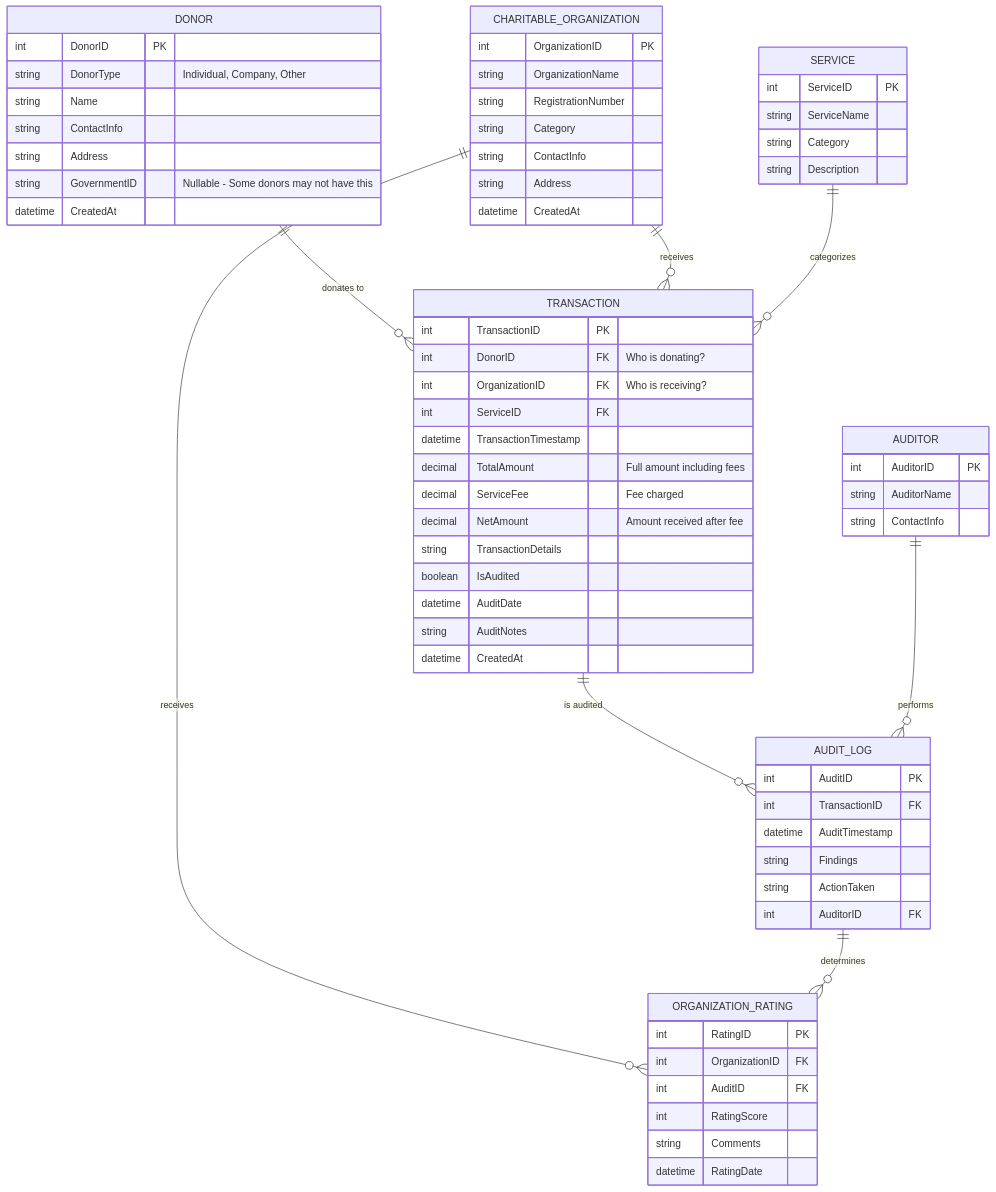
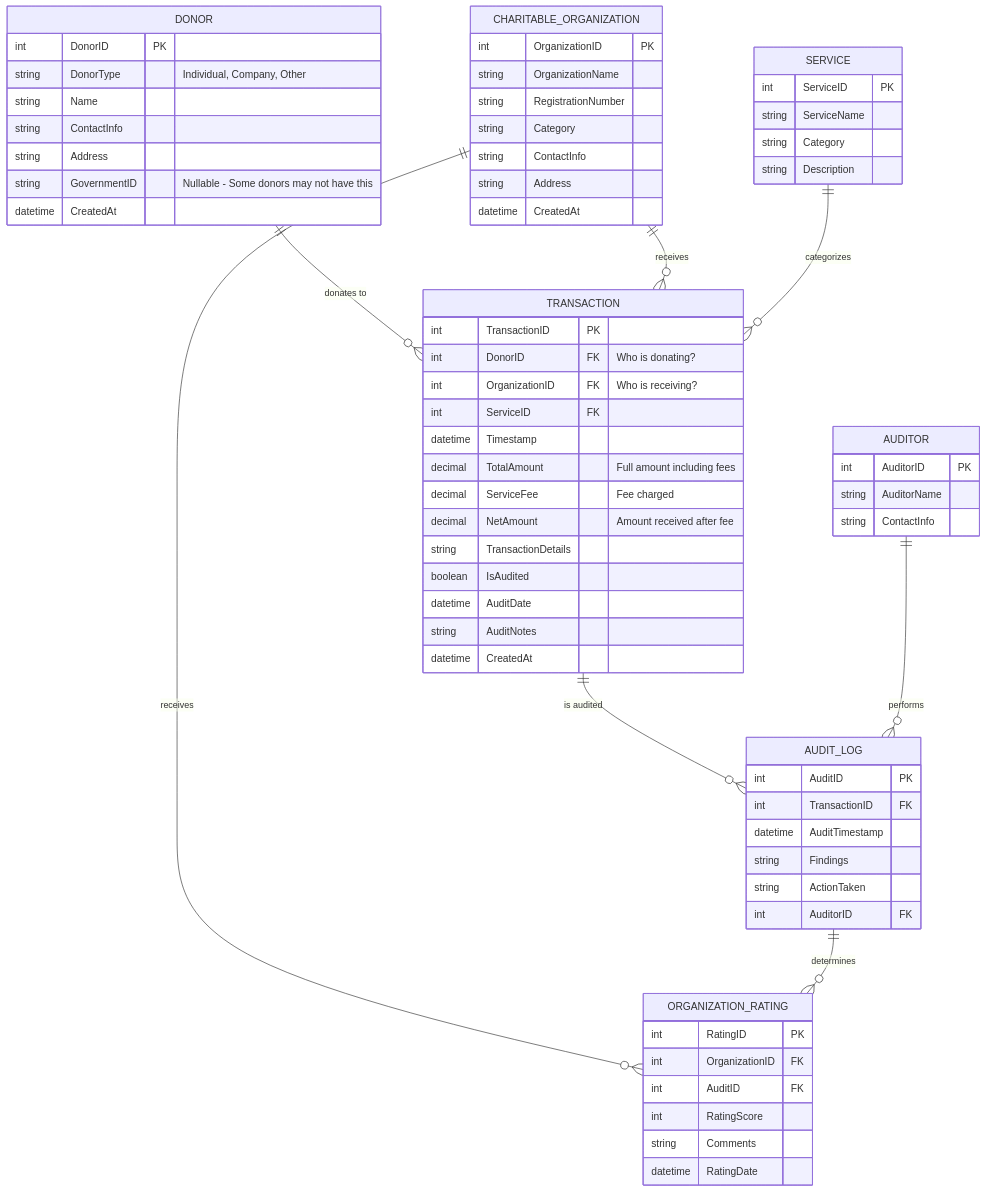
One commit to Max-FM/one_charity_data_modelling_challenge changed the first of 4 diagrams in readme.md. Above: the diagram before and after it, drawn with Mermaid. The commit also changed other lines of this file, not shown here.

````diff
--- a/readme.md
+++ b/readme.md
@@ -13,4 +12,4 @@
-``` mermaid
+```Mermaid
 erDiagram
 
     DONOR {
@@ -48,7 +47,7 @@
         int DonorID FK "Who is donating?"
         int OrganizationID FK "Who is receiving?"
         int ServiceID FK
-        datetime TransactionTimestamp
+        datetime Timestamp
         decimal TotalAmount "Full amount including fees"
         decimal ServiceFee "Fee charged"
         decimal NetAmount "Amount received after fee"
@@ -96,4 +95,5 @@
 
     TRANSACTION ||--o{ AUDIT_LOG : "is audited"
     AUDITOR ||--o{ AUDIT_LOG : "performs"
+
 ```
````
